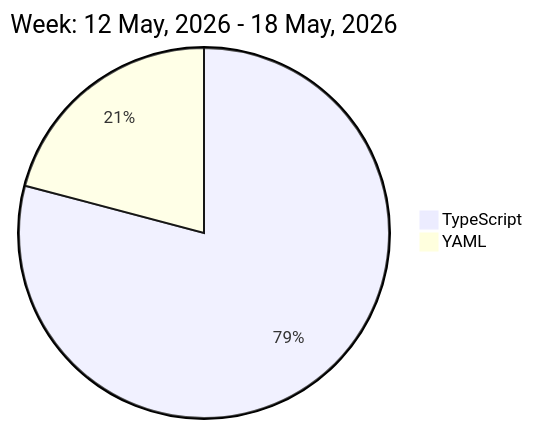
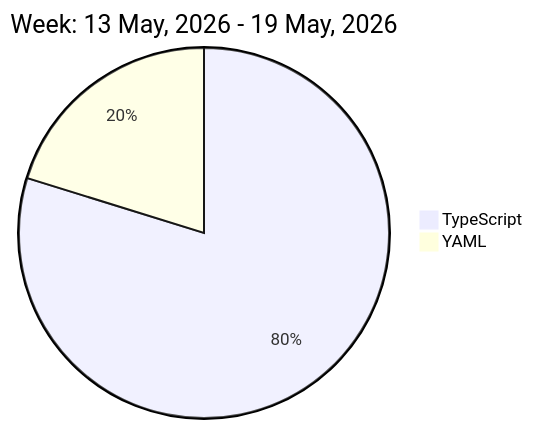
The diagram in README.md (liubin95/liubin95), drawn with Mermaid before and after one commit.

Commit message:
Updated the Graph with new Metrics

````diff
--- a/README.md
+++ b/README.md
@@ -32,6 +32,6 @@
 ```mermaid
  pie
-title Week: 12 May, 2026 - 18 May, 2026
- "TypeScript" : 7.88
- "YAML" : 2.08
+title Week: 13 May, 2026 - 19 May, 2026
+ "TypeScript" : 9.4
+ "YAML" : 2.38
 ```
````
